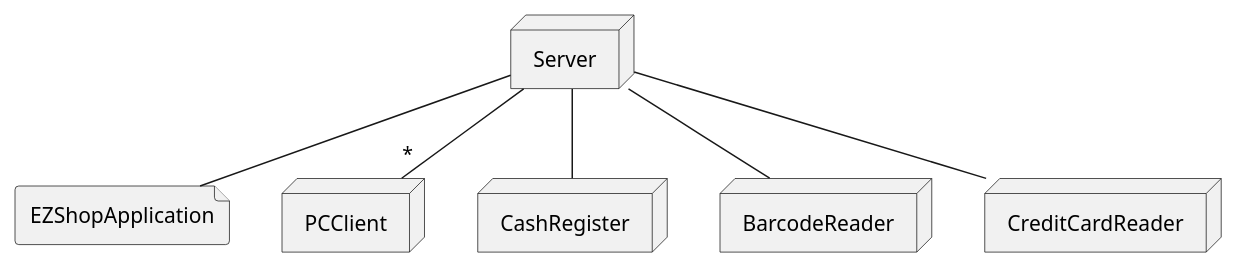
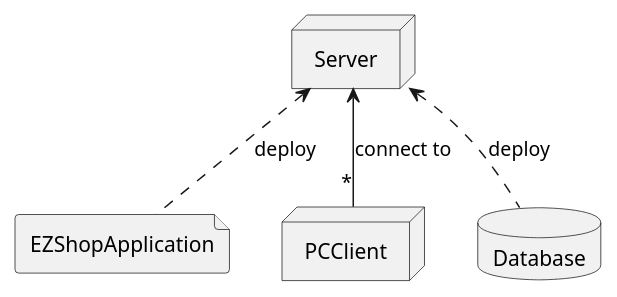
One commit to b3xul/ezshop changed the fourth of 4 diagrams in Deliverables/RequirementsDocument.md. Above: the diagram before and after it, drawn with PlantUML. The commit also changed other lines of this file and 1 other file, not shown here.

````diff
--- a/Deliverables/RequirementsDocument.md
+++ b/Deliverables/RequirementsDocument.md
@@ -565,16 +550,12 @@
 ```plantuml
 @startuml
 file EZShopApplication
 node Server
 node PCClient
-node CashRegister
-node BarcodeReader
-node CreditCardReader
+database Database
 
-Server -- "*"PCClient 
-Server -- EZShopApplication 
-Server -- CashRegister
-Server -- BarcodeReader
-Server -- CreditCardReader
+Server <-- "*"PCClient:connect to 
+Server <.. EZShopApplication:deploy
+Server <.. Database:deploy
 @enduml
 ```
````
